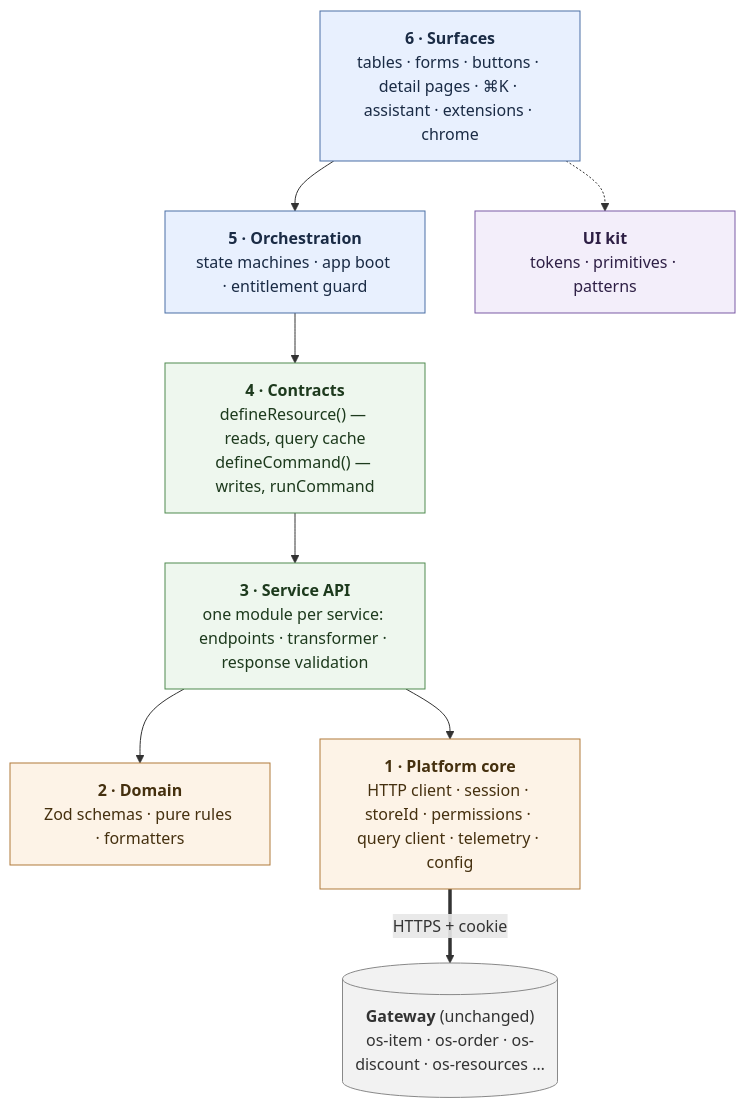
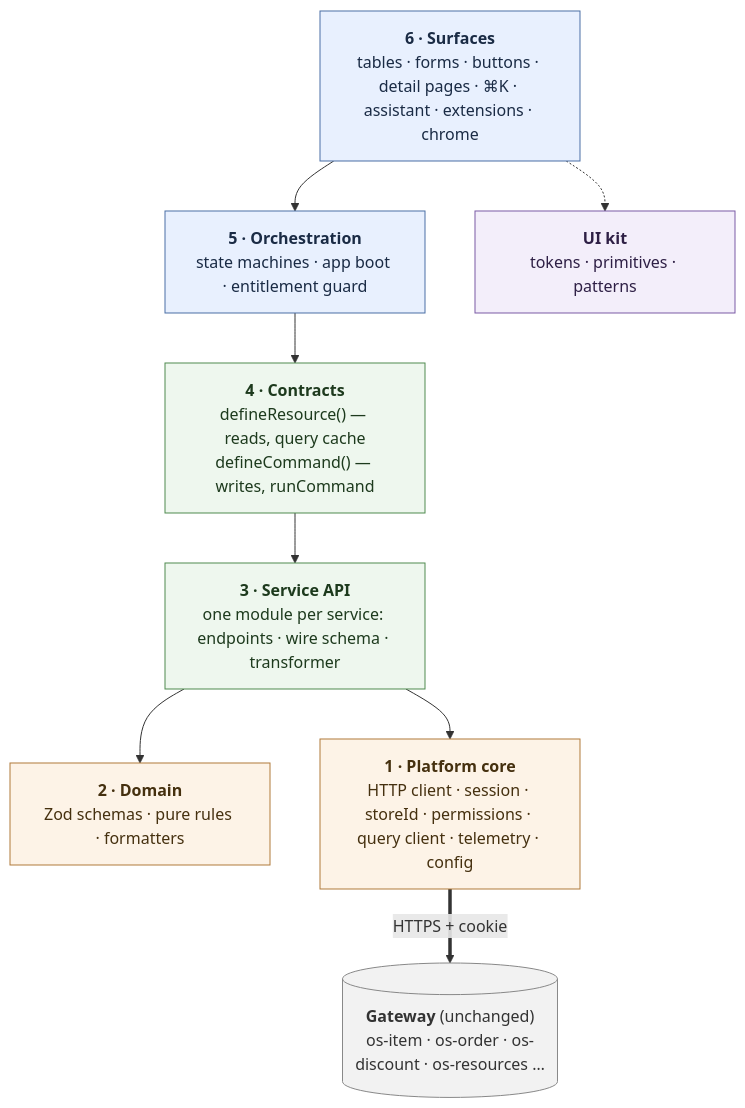
Before and after one commit to ashishkumar1-fe/new-gk-pages: the diagram in docs/architecture/README.md, drawn with Mermaid. The commit also changed other lines of this file and 28 other files, not shown here.

````diff
--- a/docs/architecture/README.md
+++ b/docs/architecture/README.md
@@ -20,28 +20,28 @@
 ```mermaid
 flowchart TB
   S["<b>6 · Surfaces</b><br/>tables · forms · buttons · detail pages · ⌘K · assistant · extensions · chrome"]
   O["<b>5 · Orchestration</b><br/>state machines · app boot · entitlement guard"]
   C["<b>4 · Contracts</b><br/>defineResource() — reads, query cache<br/>defineCommand() — writes, runCommand"]
-  A["<b>3 · Service API</b><br/>one module per service: endpoints · transformer · response validation"]
+  A["<b>3 · Service API</b><br/>one module per service: endpoints · wire schema · transformer"]
   D["<b>2 · Domain</b><br/>Zod schemas · pure rules · formatters"]
   P["<b>1 · Platform core</b><br/>HTTP client · session · storeId · permissions · query client · telemetry · config"]
   U["<b>UI kit</b><br/>tokens · primitives · patterns"]
   G[("<b>Gateway</b> (unchanged)<br/>os-item · os-order · os-discount · os-resources …")]
 
   S --> O --> C --> A
   A --> D
   A --> P
   S -.-> U
   P ==>|HTTPS + cookie| G
 
   classDef top fill:#e8f0fe,stroke:#4a6fa5,color:#1a2b45
   classDef mid fill:#eef7ee,stroke:#4f8a4f,color:#1d3a1d
   classDef low fill:#fdf3e7,stroke:#b07a3a,color:#45300f
   classDef side fill:#f3eefa,stroke:#7a5aa5,color:#2e1f45
   classDef ext fill:#f2f2f2,stroke:#888,color:#333
   class S,O top
   class C,A mid
   class D,P low
   class U side
   class G ext
 ```
````
